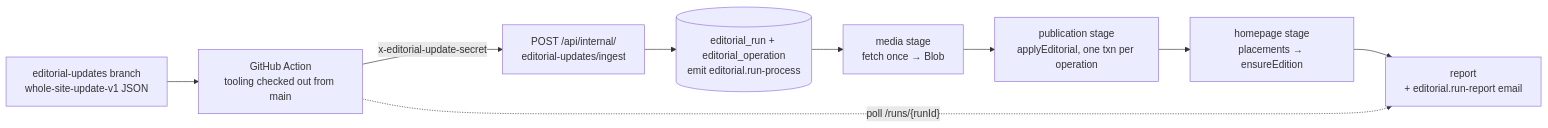
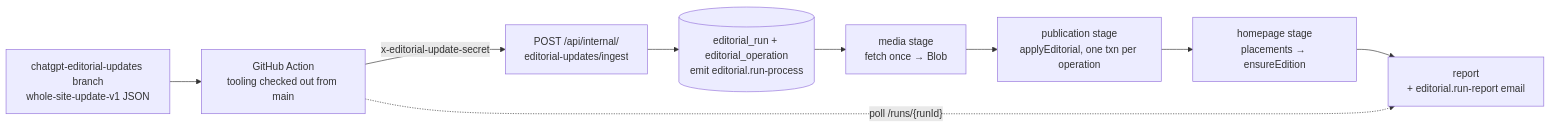
Before and after one commit to lions-admin/lions-of-zion: the fifth of 6 diagrams in docs/architecture.md, drawn with Mermaid. The commit also changed 37 other files, not shown here.

````diff
--- a/docs/architecture.md
+++ b/docs/architecture.md
@@ -316,11 +316,11 @@
 ```mermaid
 flowchart LR
-    Pkg["editorial-updates branch<br/>whole-site-update-v1 JSON"] --> GA["GitHub Action<br/>tooling checked out from main"]
+    Pkg["chatgpt-editorial-updates branch<br/>whole-site-update-v1 JSON"] --> GA["GitHub Action<br/>tooling checked out from main"]
     GA -->|"x-editorial-update-secret"| In["POST /api/internal/<br/>editorial-updates/ingest"]
     In --> Run[("editorial_run + editorial_operation<br/>emit editorial.run-process")]
     Run --> M["media stage<br/>fetch once → Blob"]
     M --> P["publication stage<br/>applyEditorial, one txn per operation"]
     P --> H["homepage stage<br/>placements → ensureEdition"]
     H --> R["report<br/>+ editorial.run-report email"]
     GA -.->|"poll /runs/{runId}"| R
 ```
````
